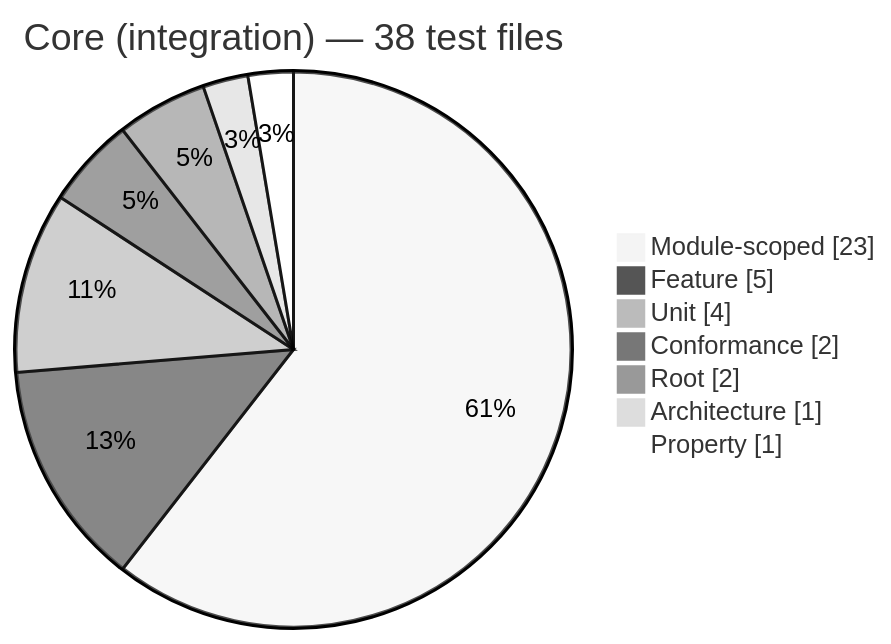
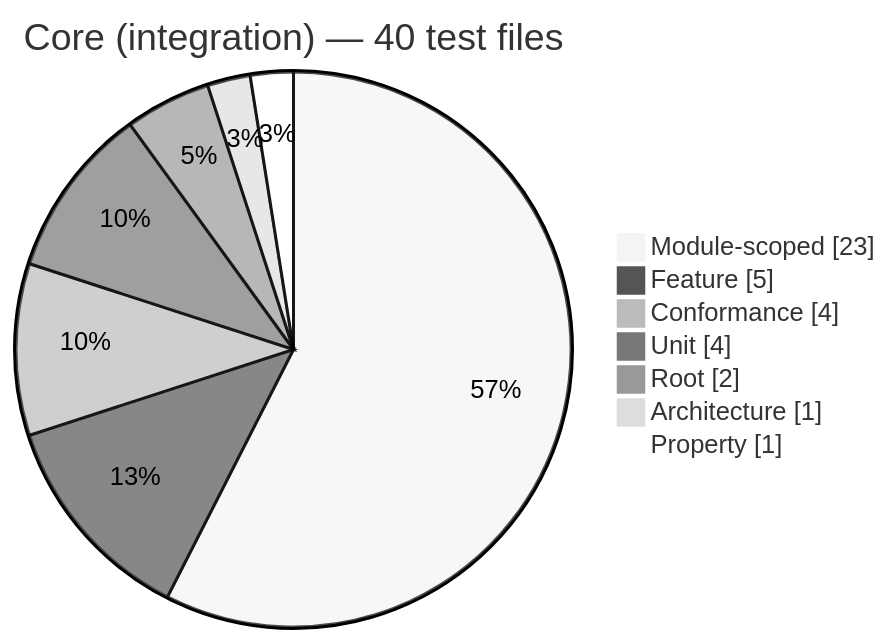
Diagram 11 of 12 in docs/generated/test-composition.md (Mohammed-Alama/php-arazzo), drawn with Mermaid (neutral theme) before and after one commit. The commit also changed other lines of this file and 7 other files, not shown here.

````diff
--- a/docs/generated/test-composition.md
+++ b/docs/generated/test-composition.md
@@ -156,11 +156,11 @@
 ```mermaid
 pie showData
-    title Core (integration) — 38 test files
+    title Core (integration) — 40 test files
     "Module-scoped": 23
     "Feature": 5
+    "Conformance": 4
     "Unit": 4
-    "Conformance": 2
     "Root": 2
     "Architecture": 1
     "Property": 1
 ```
````
